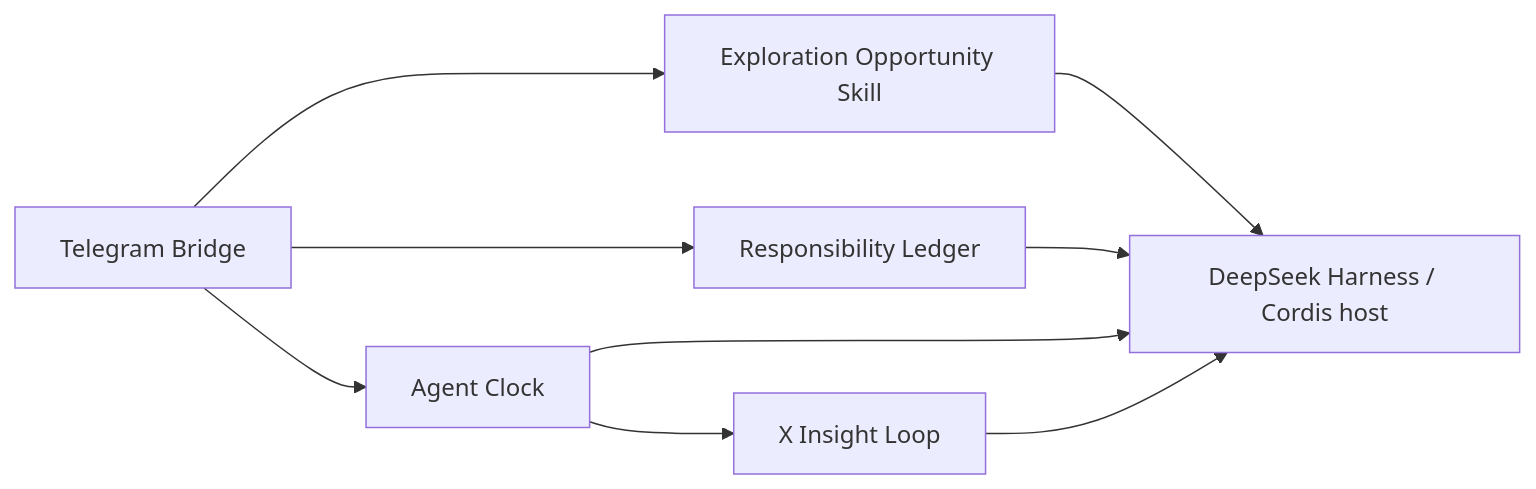
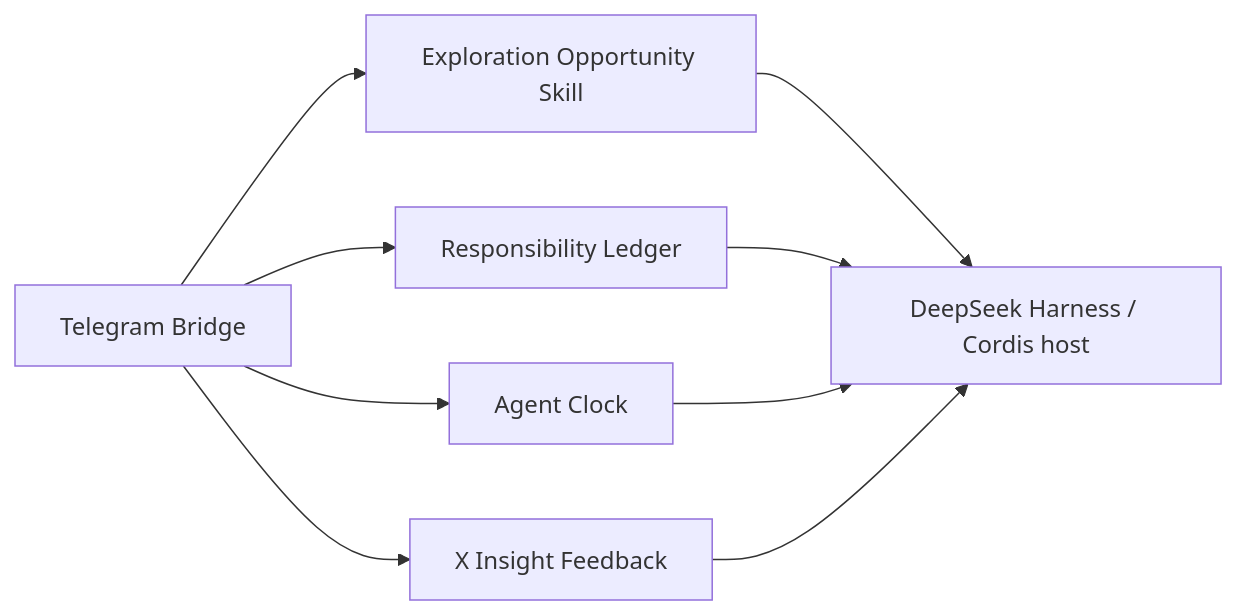
Before and after one commit to HYBB-rash/dsh-plugins: the diagram in README.md, drawn with Mermaid. The commit also changed other lines of this file and 3 other files, not shown here.

````diff
--- a/README.md
+++ b/README.md
@@ -31,11 +31,11 @@
 ```mermaid
 flowchart LR
   TG[Telegram Bridge] --> A[Responsibility Ledger]
   TG --> C[Agent Clock]
-  C --> X[X Insight Loop]
+  TG --> X[X Insight Feedback]
   TG --> E[Exploration Opportunity Skill]
   E --> DSH
   A --> DSH[DeepSeek Harness / Cordis host]
   C --> DSH
   X --> DSH
 ```
````
